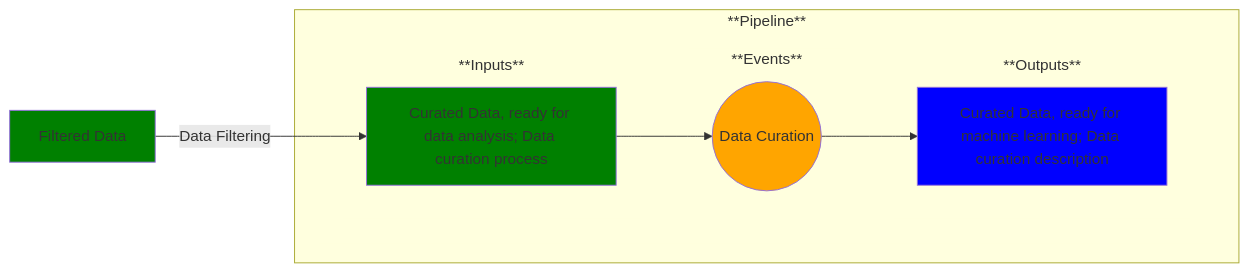
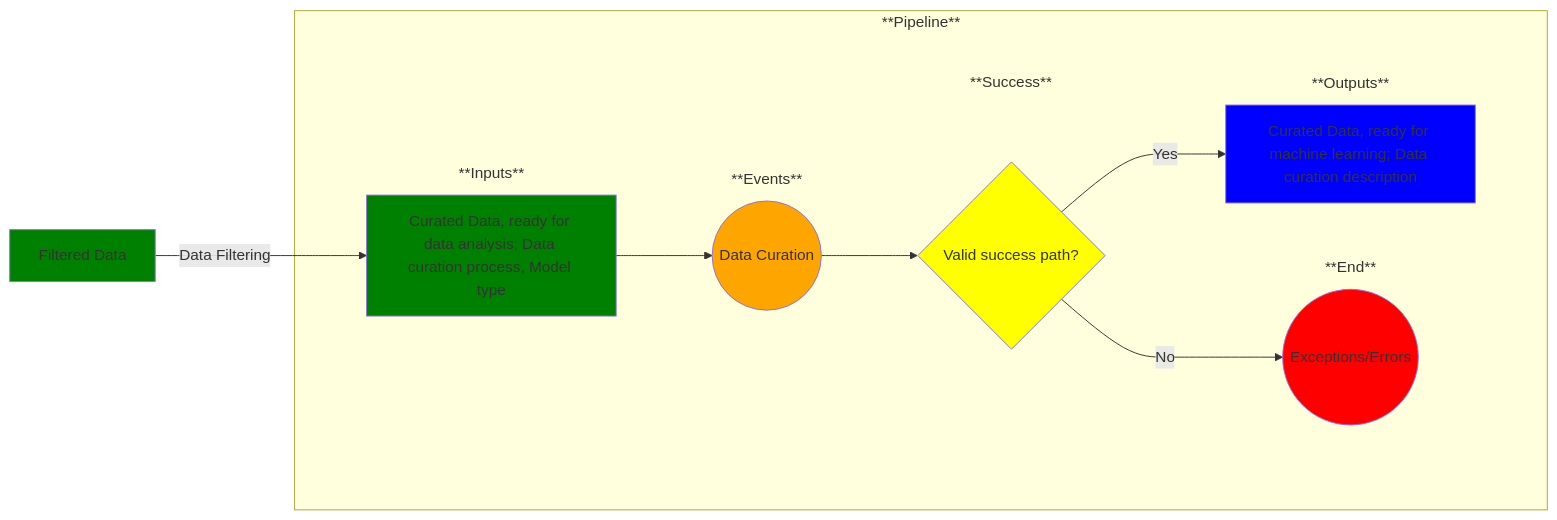
Before and after one commit to MLOps-OpenAPI/arch-diagrams: the diagram in use-cases/5-data-ml-ready.md, drawn with Mermaid. The commit also changed other lines of this file, not shown here.

Commit message:
Links to personas and error path

````diff
--- a/use-cases/5-data-ml-ready.md
+++ b/use-cases/5-data-ml-ready.md
@@ -17,55 +17,68 @@
 ```mermaid
 
 %% Creating a left-to-right flowchart
 %% Learn the syntax here: https://mermaid.js.org/syntax/flowchart.html
 %% Note: flowchart and graph are the same in Mermaid
 graph LR;
 
     %% Define the common flow items:
     A--> | Data Filtering | B
     %%A--> B
     %%B-->C
     subgraph Pipeline ["**Pipeline**"]
         
         %% Add an empty node to overcome some formatting issues
         subgraph invisibleSpace["<br/>"]
 
             %% Add the rest of the nodes
             subgraph Inputs ["**Inputs**"]
                 B 
             end
             subgraph Events ["**Events**"]
                 C
             end
+            subgraph Success ["**Success**"]
+                D
+            end
+            subgraph End ["**End**"]
+                E
+            end
             subgraph Outputs ["**Outputs**"]
-                D
+                F
             end
         end
         B-->C
-        %%C--> | test text | D
         C-->D
-        %%D--> | test text | E
+        D--> | No | E
+        D--> | Yes | F
     end
 
     %% Now label and style the blocks
     %% Note: You could have done this above, but I find this to be cleaner and easier to manage
 
     A[Filtered Data]
     style A fill:green
 
-    B[Curated Data, ready for data analysis; Data curation process]
+    B[Curated Data, ready for data analysis; Data curation process, Model type]
     style B fill:green
 
     C((Data Curation))
     style C fill:orange
 
-    D[Curated Data, ready for machine learning; Data curation description]
-    style D fill:blue
+    D{Valid success path?}
+    style D fill:yellow
+
+    E((Exceptions/Errors))
+    style E fill:red
+
+    F[Curated Data, ready for machine learning; Data curation description]
+    style F fill:blue
 
     %% Remove unnecessary box outlines
     style invisibleSpace stroke-width:0
     style Inputs stroke-width:0
     style Events stroke-width:0
     style Outputs stroke-width:0
-
+    style End stroke-width:0
+    style Success stroke-width:0
 ```
````
